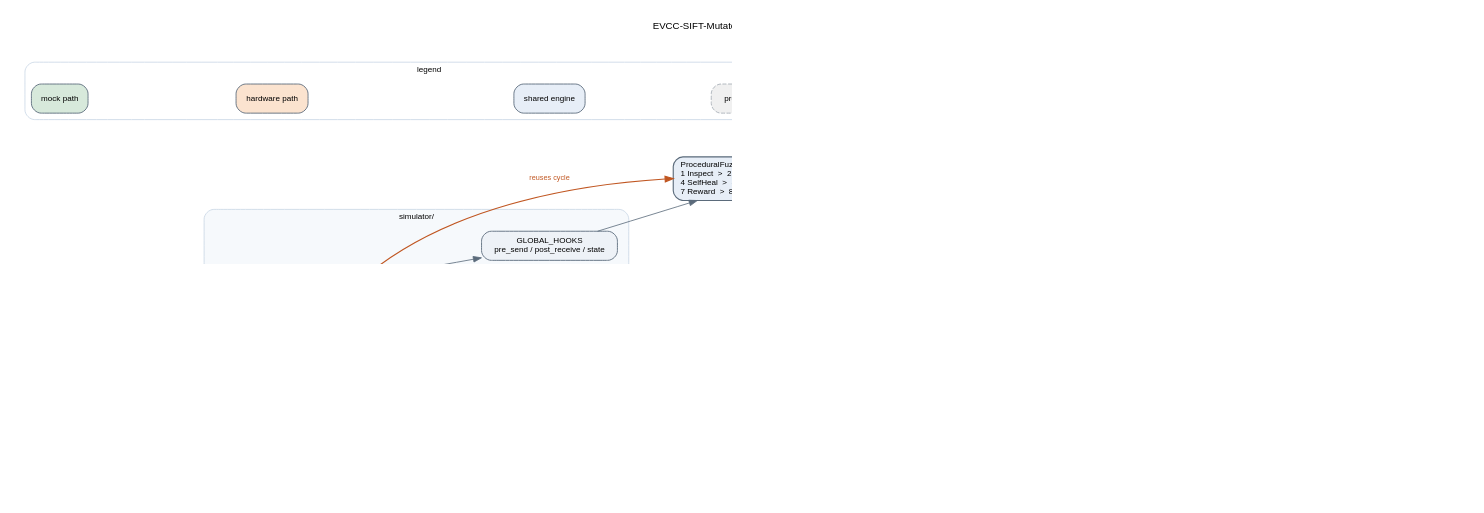
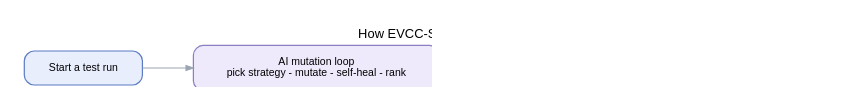
Before and after one commit to JavaStudentAlex/evcc-sift-mutator: the diagram in docs/schema.dot, drawn with Graphviz. The commit also changed 3 other files, not shown here.

First line of the commit message:
Simplify framework schema image so non-engineers can read it

```diff
--- a/docs/schema.dot
+++ b/docs/schema.dot
@@ -1,84 +1,18 @@
 digraph EVCC_SIFT_Schema {
-  graph [rankdir=LR, fontname="Helvetica", fontsize=12, labelloc="t",
-         label="EVCC-SIFT-Mutator - As-Built Framework Schema",
-         nodesep=0.35, ranksep=0.85, dpi=150, bgcolor="white", pad=0.3];
-  node  [shape=box, style="rounded,filled", fontname="Helvetica", fontsize=10,
-         fillcolor="#eef2f7", color="#5b6b7b", penwidth=1.1, margin="0.12,0.07"];
-  edge  [fontname="Helvetica", fontsize=9, color="#7b8794"];
+  graph [rankdir=LR, fontname="Helvetica", fontsize=16, labelloc="t",
+         label="How EVCC-SIFT-Mutator works", bgcolor="white",
+         nodesep=0.55, ranksep=0.85, pad=0.4, dpi=150];
+  node  [shape=box, style="rounded,filled", fontname="Helvetica", fontsize=13,
+         penwidth=1.5, margin="0.3,0.2", color="#8a94a6", fillcolor="#ffffff"];
+  edge  [fontname="Helvetica", fontsize=11, color="#9aa5b1", arrowsize=0.9, penwidth=1.4];
 
-  CLI [label="run_fuzzer.py\n(CLI / argparse)", fillcolor="#dfe7f0",
-       style="rounded,filled,bold", penwidth=1.6];
+  CLI    [label="Start a test run", fillcolor="#e8eefc", color="#5b7cc4"];
+  LOOP   [label="AI mutation loop\npick strategy - mutate - self-heal - rank", fillcolor="#efeafb", color="#8a7fc0"];
+  TARGET [label="Charging station\nmock or real", fillcolor="#fde5c7", color="#d08a3a"];
+  REPORT [label="Report\nwhat happened", fillcolor="#d9ecdc", color="#5aa06e"];
 
-  subgraph cluster_mut {
-    label="mutation/  -  search engine (deterministic)";
-    style="rounded,filled"; color="#c9d6e5"; fillcolor="#f6f9fc"; fontsize=10;
-    BANDIT [label="UCB1Bandit\n4 arms (2 active)"];
-    OPS    [label="operators\nnumeric / semantic"];
-    HEAL   [label="SelfHealingEngine\nretries = 3"];
-    JUDGE  [label="SIFT judge\nBradley-Terry (heuristic)"];
-    LLM    [label="SafeLLMClient + prompts\n(present, not called offline)",
-            style="rounded,filled,dashed", fillcolor="#f0f0f0", color="#aab0b8"];
-  }
-
-  PFG [label="ProceduralFuzzingGraph  -  8-node cycle\l1 Inspect  >  2 BanditSelect  >  3 GenPool(3)\l4 SelfHeal  >  5 SIFT  >  6 Dispatch(once)\l7 Reward  >  8 BanditUpdate\l",
-         fillcolor="#e7eef7", penwidth=1.4];
-
-  subgraph cluster_sim {
-    label="simulator/";
-    style="rounded,filled"; color="#c9d6e5"; fillcolor="#f6f9fc"; fontsize=10;
-    SM     [label="typed EVCC FSM\nIso15118EvccStateMachine"];
-    HOOKS  [label="GLOBAL_HOOKS\npre_send / post_receive / state"];
-    MOCK   [label="SeccMockServer\n(offline SECC model)", fillcolor="#d7e9db"];
-    HWRUN  [label="hardware_runner\nrun_hardware_session", fillcolor="#fbe3cf"];
-    BRIDGE [label="real_transport\ntyped <-> DIN, AIMutationCodec", fillcolor="#fbe3cf"];
-  }
-
-  subgraph cluster_conn {
-    label="connection/  -  vendored real EVCC hands (hardware)";
-    style="rounded,filled"; color="#e2c69a"; fillcolor="#fdf6ec"; fontsize=10;
-    CAN  [label="can_control\nCP/PP over CAN"];
-    SLAC [label="slac\nEV SLAC (raw Ethernet)"];
-    SDP  [label="sdp\nSECC discovery"];
-    SESS [label="session\nV2GTP / TCP / TLS"];
-    CODEC[label="codec\nDIN EXI (needs Java)"];
-    CSM  [label="DIN sequencer\nrun_dc_session"];
-  }
-
-  subgraph cluster_orc {
-    label="oracles/";
-    style="rounded,filled"; color="#c9d6e5"; fillcolor="#f6f9fc"; fontsize=10;
-    DET   [label="ChargerErrorDetector"];
-    CVE   [label="CVEReportGenerator\n(mock report - demo)", fillcolor="#d7e9db"];
-    BENCH [label="benchmark_reporter\n(measured observations)", fillcolor="#fbe3cf"];
-  }
-
-  subgraph cluster_legend {
-    label="legend"; style="rounded"; color="#c9d6e5"; fontsize=10;
-    LM [label="mock path",     fillcolor="#d7e9db"];
-    LH [label="hardware path", fillcolor="#fbe3cf"];
-    LS [label="shared engine", fillcolor="#e7eef7"];
-    LX [label="present, not called offline",
-        style="rounded,filled,dashed", fillcolor="#f0f0f0", color="#aab0b8"];
-    LM -> LH -> LS -> LX [style=invis];
-  }
-
-  /* shared engine wiring */
-  edge [color="#5b6b7b"];
-  SM -> HOOKS; HOOKS -> PFG;
-  PFG -> BANDIT; PFG -> OPS; PFG -> HEAL; PFG -> JUDGE;
-
-  /* mock path (blue) */
-  edge [color="#2b6cb0", fontcolor="#2b6cb0", penwidth=1.4];
-  CLI -> SM   [label="--mode mock"];
-  SM  -> MOCK [label="transport_sender (typed)"];
-  MOCK -> DET; DET -> CVE;
-
-  /* hardware path (orange) */
-  edge [color="#c05621", fontcolor="#c05621", penwidth=1.4];
-  CLI  -> HWRUN  [label="--mode hardware"];
-  HWRUN -> PFG [label="reuses cycle"];
-  HWRUN -> CAN   [label="1  arm CP/PP"];
-  CAN -> SLAC; SLAC -> SDP; SDP -> SESS; SESS -> CODEC; CODEC -> CSM;
-  HWRUN -> BRIDGE; BRIDGE -> CODEC [label="wrap encode/decode\n(self-heal fallback)"];
-  HWRUN -> BENCH;
+  CLI -> LOOP;
+  LOOP -> TARGET [label="send test"];
+  TARGET -> LOOP [label="learn from response", style=dashed, color="#c08a2e", fontcolor="#a9791f", constraint=false];
+  TARGET -> REPORT [color="#5aa06e", fontcolor="#3f7a54"];
 }
```
